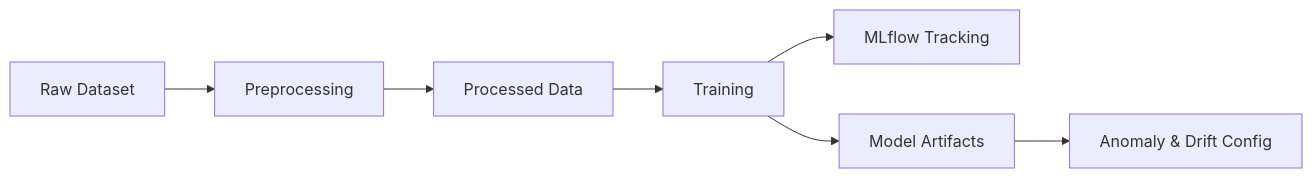
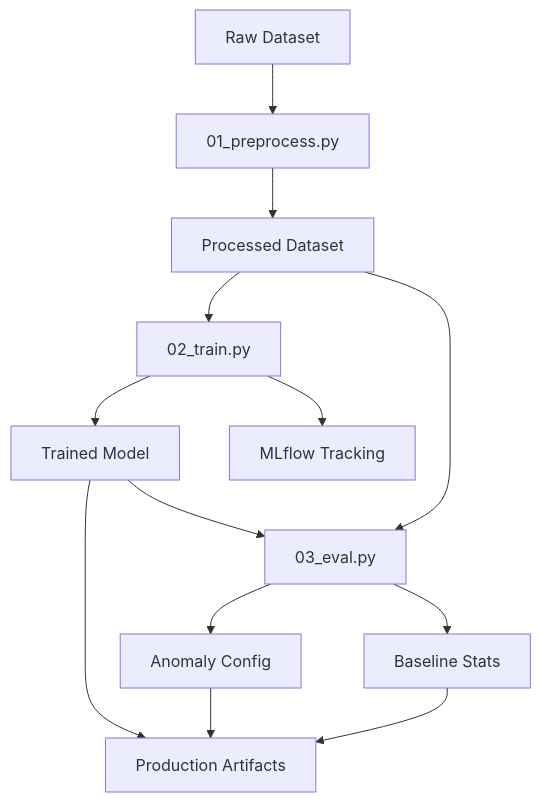
Before and after one commit to abderrahmenyoussef/Ev-Energy-Mlops-Pipeline: the first of 4 diagrams in README.md, drawn with Mermaid. The commit also changed other lines of this file, not shown here.

````diff
--- a/README.md
+++ b/README.md
@@ -82,9 +213,15 @@
 ```mermaid
-flowchart LR
-    A[Raw Dataset] --> B[Preprocessing]
-    B --> C[Processed Data]
-    C --> D[Training]
-    D --> E[MLflow Tracking]
-    D --> F[Model Artifacts]
-    F --> G[Anomaly & Drift Config]
+flowchart TD
+    A[Raw Dataset] --> B[01_preprocess.py]
+    B --> C[Processed Dataset]
+    C --> D[02_train.py]
+    D --> E[Trained Model]
+    D --> F[MLflow Tracking]
+    E --> G[03_eval.py]
+    C --> G
+    G --> H[Anomaly Config]
+    G --> I[Baseline Stats]
+    E --> J[Production Artifacts]
+    H --> J
+    I --> J
 ```
````
